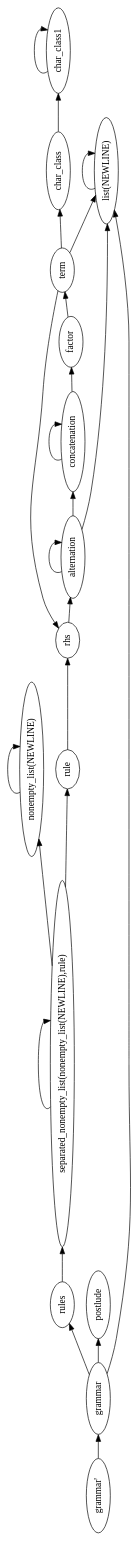
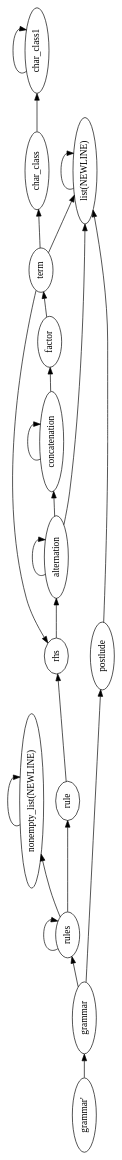
One commit to meta-introspector/gbnf-nice-parser changed the diagram in lib/sentenceParser.dot. Above: the diagram before and after it, drawn with Graphviz. The commit also changed 43 other files, not shown here.

```diff
--- a/lib/sentenceParser.dot
+++ b/lib/sentenceParser.dot
@@ -1,44 +1,42 @@
 digraph G {
 orientation = landscape;
 rankdir = LR;
 ratio = compress;
 nt0 [ label="grammar'" ] ;
 nt1 [ label="term" ] ;
-nt2 [ label="separated_nonempty_list(nonempty_list(NEWLINE),rule)" ] ;
-nt3 [ label="rules" ] ;
-nt4 [ label="rule" ] ;
-nt5 [ label="rhs" ] ;
-nt6 [ label="postlude" ] ;
-nt7 [ label="nonempty_list(NEWLINE)" ] ;
-nt8 [ label="list(NEWLINE)" ] ;
-nt9 [ label="grammar" ] ;
-nt10 [ label="factor" ] ;
-nt11 [ label="concatenation" ] ;
-nt12 [ label="char_class1" ] ;
-nt13 [ label="char_class" ] ;
-nt14 [ label="alternation" ] ;
-nt0 -> nt9 [ label="" ] ;
-nt1 -> nt5 [ label="" ] ;
-nt1 -> nt8 [ label="" ] ;
-nt1 -> nt13 [ label="" ] ;
+nt2 [ label="rules" ] ;
+nt3 [ label="rule" ] ;
+nt4 [ label="rhs" ] ;
+nt5 [ label="postlude" ] ;
+nt6 [ label="nonempty_list(NEWLINE)" ] ;
+nt7 [ label="list(NEWLINE)" ] ;
+nt8 [ label="grammar" ] ;
+nt9 [ label="factor" ] ;
+nt10 [ label="concatenation" ] ;
+nt11 [ label="char_class1" ] ;
+nt12 [ label="char_class" ] ;
+nt13 [ label="alternation" ] ;
+nt0 -> nt8 [ label="" ] ;
+nt1 -> nt4 [ label="" ] ;
+nt1 -> nt7 [ label="" ] ;
+nt1 -> nt12 [ label="" ] ;
 nt2 -> nt2 [ label="" ] ;
-nt2 -> nt4 [ label="" ] ;
-nt2 -> nt7 [ label="" ] ;
-nt3 -> nt2 [ label="" ] ;
-nt4 -> nt5 [ label="" ] ;
-nt5 -> nt14 [ label="" ] ;
+nt2 -> nt3 [ label="" ] ;
+nt2 -> nt6 [ label="" ] ;
+nt3 -> nt4 [ label="" ] ;
+nt4 -> nt13 [ label="" ] ;
+nt5 -> nt7 [ label="" ] ;
+nt6 -> nt6 [ label="" ] ;
 nt7 -> nt7 [ label="" ] ;
-nt8 -> nt8 [ label="" ] ;
-nt9 -> nt3 [ label="" ] ;
-nt9 -> nt6 [ label="" ] ;
-nt9 -> nt8 [ label="" ] ;
-nt10 -> nt1 [ label="" ] ;
-nt11 -> nt10 [ label="" ] ;
+nt8 -> nt2 [ label="" ] ;
+nt8 -> nt5 [ label="" ] ;
+nt9 -> nt1 [ label="" ] ;
+nt10 -> nt9 [ label="" ] ;
+nt10 -> nt10 [ label="" ] ;
 nt11 -> nt11 [ label="" ] ;
-nt12 -> nt12 [ label="" ] ;
-nt13 -> nt12 [ label="" ] ;
-nt14 -> nt8 [ label="" ] ;
-nt14 -> nt11 [ label="" ] ;
-nt14 -> nt14 [ label="" ] ;
+nt12 -> nt11 [ label="" ] ;
+nt13 -> nt7 [ label="" ] ;
+nt13 -> nt10 [ label="" ] ;
+nt13 -> nt13 [ label="" ] ;
 
 }
```
